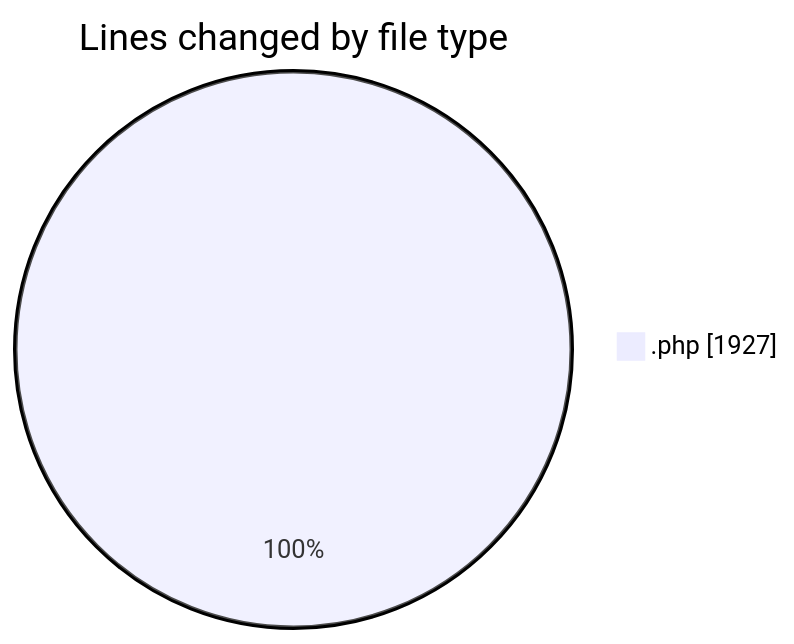
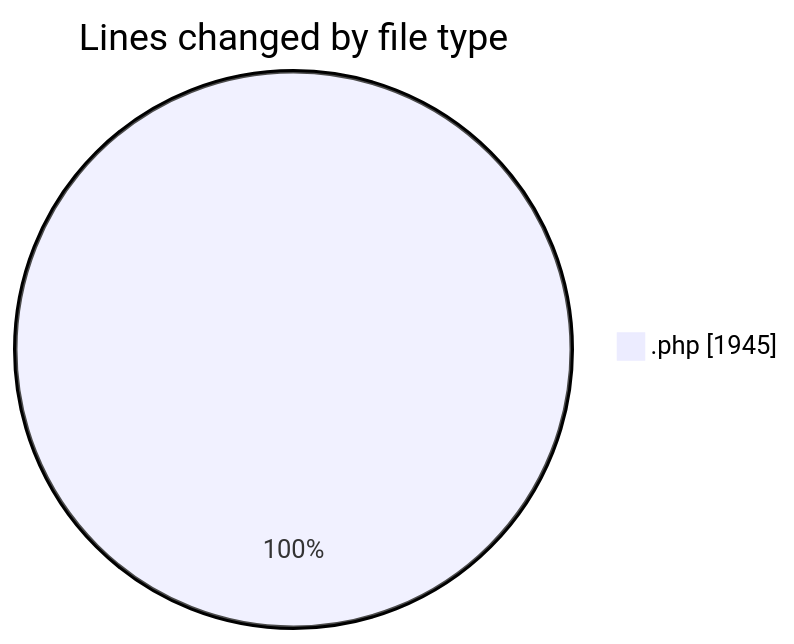
The first of 2 diagrams in 2025-08-13/web/README.md (LanceThiago/code-tracking), drawn with Mermaid before and after one commit. The commit also changed other lines of this file and 1 other file, not shown here.

````diff
--- a/2025-08-13/web/README.md
+++ b/2025-08-13/web/README.md
@@ -20,5 +21,5 @@
 ```mermaid
 pie showData
 title Lines changed by file type
-".php" : 1927
+".php" : 1945
 ```
````
